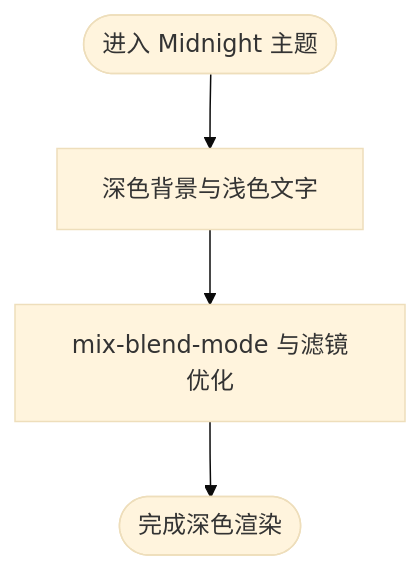
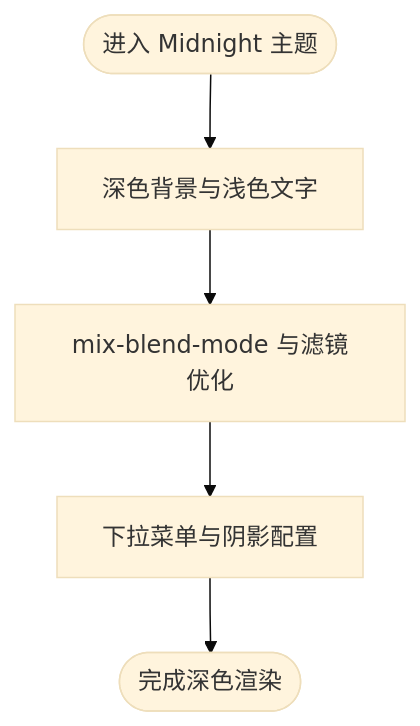
One commit to terwer/siyuan-plugin-blog changed the fifth of 8 diagrams in .qoder/repowiki/zh/content/核心功能/主题系统/自定义主题开发/主题定制实例.md. Above: the diagram before and after it, drawn with Mermaid (base theme). The commit also changed other lines of this file and 6 other files, not shown here.

````diff
--- a/.qoder/repowiki/zh/content/核心功能/主题系统/自定义主题开发/主题定制实例.md
+++ b/.qoder/repowiki/zh/content/核心功能/主题系统/自定义主题开发/主题定制实例.md
@@ -210,6 +238,7 @@
 ```mermaid
 flowchart TD
 Start(["进入 Midnight 主题"]) --> Dark["深色背景与浅色文字"]
 Dark --> Blend["mix-blend-mode 与滤镜优化"]
-Blend --> Render(["完成深色渲染"])
+Blend --> Menu["下拉菜单与阴影配置"]
+Menu --> Render(["完成深色渲染"])
 ```
````
